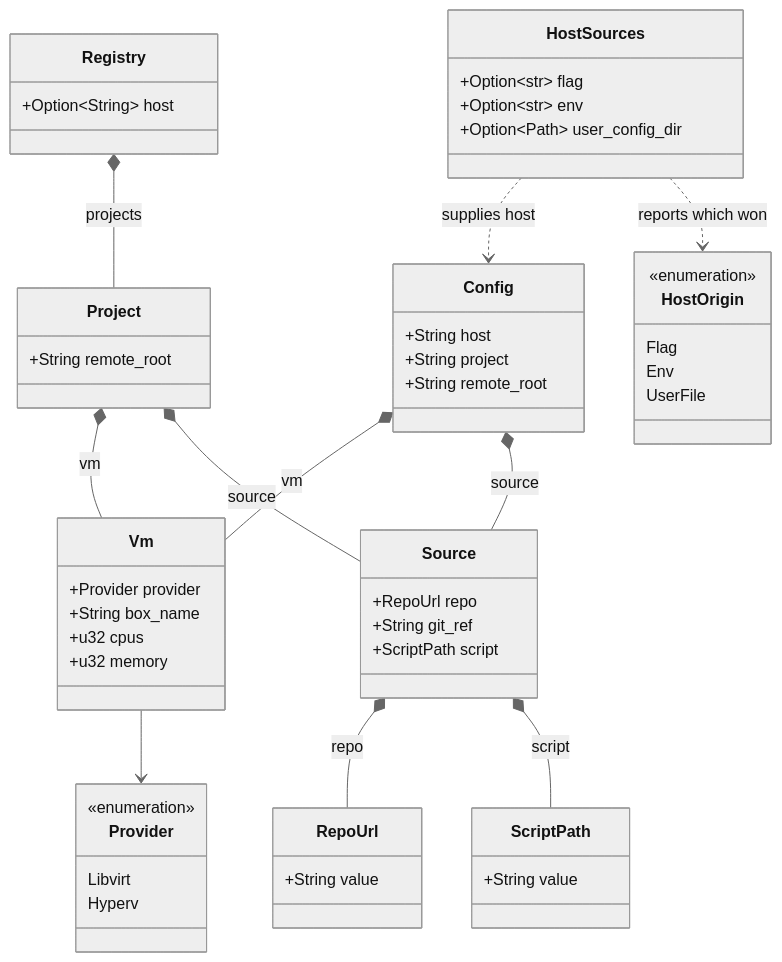
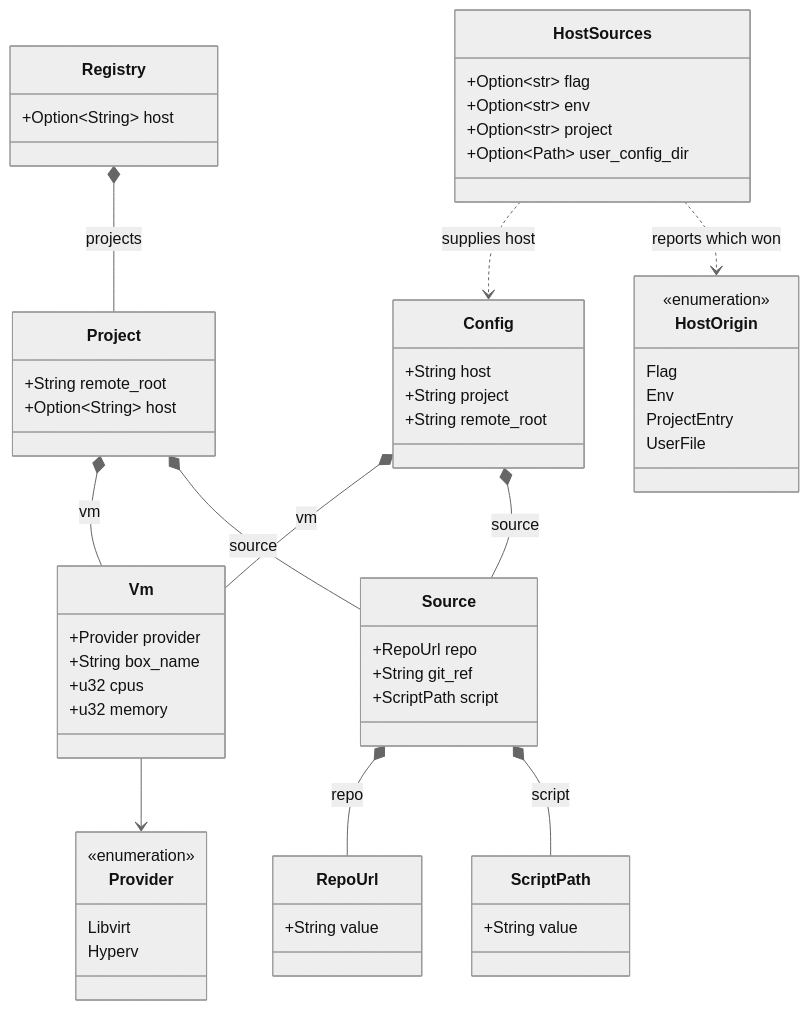
Before and after one commit to breki/bombyx: the third of 6 diagrams in docs/architecture.md, drawn with Mermaid (neutral theme). The commit also changed other lines of this file and 12 other files, not shown here.

First line of the commit message:
fix: the review rounds on the per-project host

````diff
--- a/docs/architecture.md
+++ b/docs/architecture.md
@@ -129,58 +129,61 @@
 ```mermaid
 classDiagram
   class Config {
     +String host
     +String project
     +String remote_root
   }
   class Vm {
     +Provider provider
     +String box_name
     +u32 cpus
     +u32 memory
   }
   class Source {
     +RepoUrl repo
     +String git_ref
     +ScriptPath script
   }
   class RepoUrl {
     +String value
   }
   class ScriptPath {
     +String value
   }
   class Provider {
     <<enumeration>>
     Libvirt
     Hyperv
   }
   class Registry {
     +Option~String~ host
   }
   class Project {
     +String remote_root
+    +Option~String~ host
   }
   class HostSources {
     +Option~str~ flag
     +Option~str~ env
+    +Option~str~ project
     +Option~Path~ user_config_dir
   }
   class HostOrigin {
     <<enumeration>>
     Flag
     Env
+    ProjectEntry
     UserFile
   }
 
   Config *-- Vm : vm
   Config *-- Source : source
   Registry *-- Project : projects
   Project *-- Vm : vm
   Project *-- Source : source
   Vm --> Provider
   Source *-- RepoUrl : repo
   Source *-- ScriptPath : script
   HostSources ..> Config : supplies host
   HostSources ..> HostOrigin : reports which won
 ```
````
